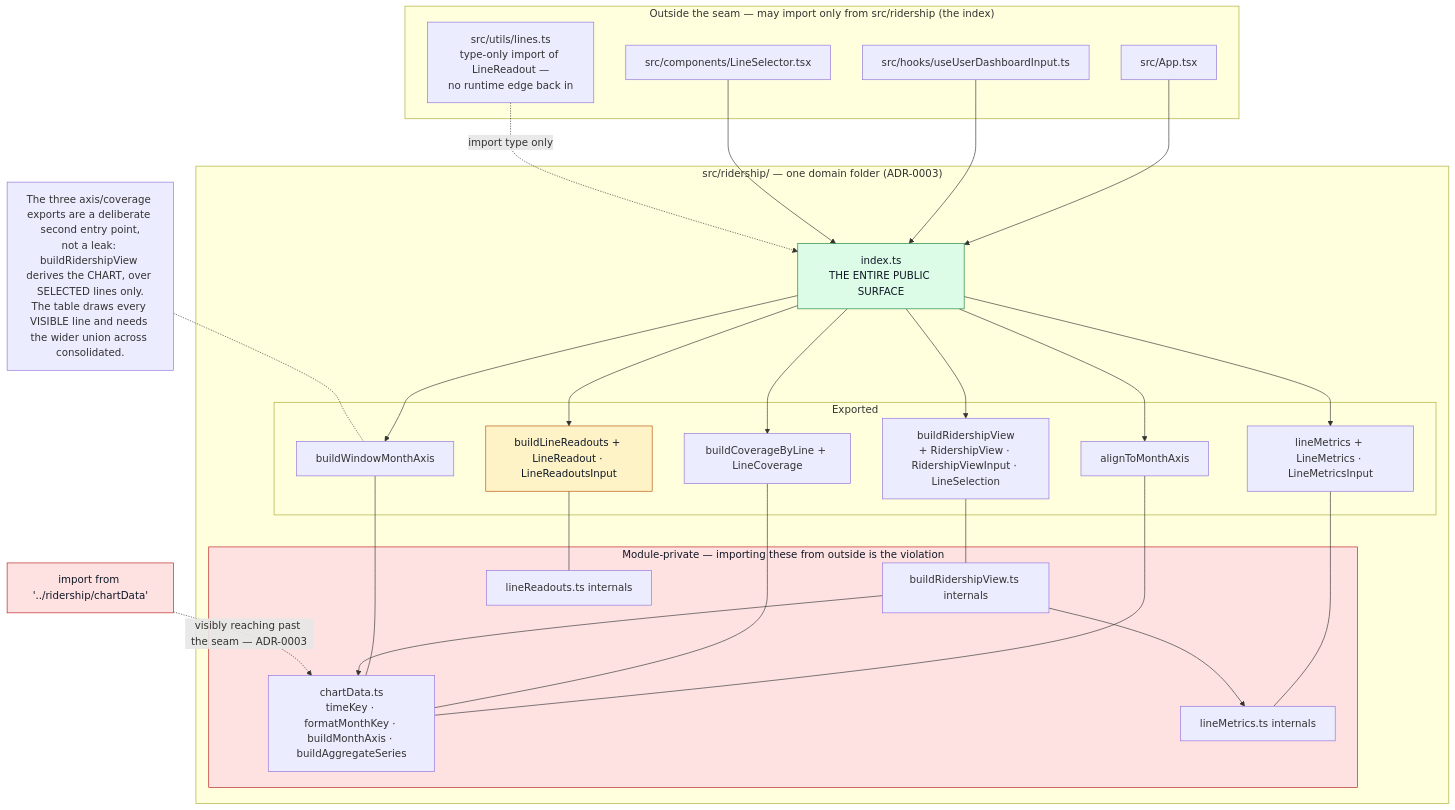
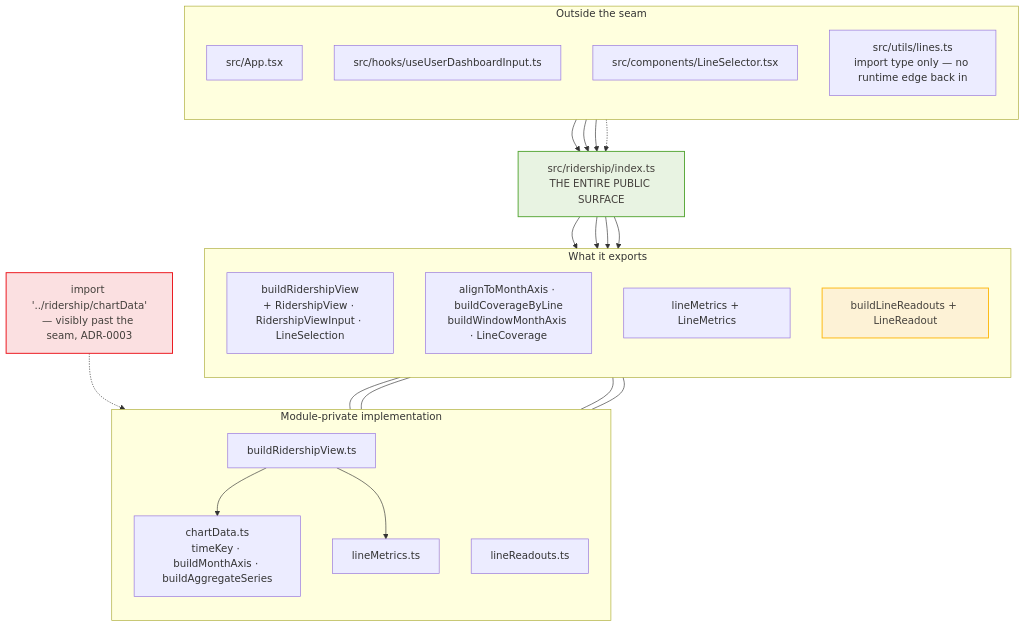
Before and after one commit to streetsforall/metro_ridership_app: diagram 12 of 21 in docs/architecture/diagrams.md, drawn with Mermaid. The commit also changed other lines of this file and 38 other files, not shown here.

First line of the commit message:
docs: redraw the diagrams in the app's palette, and unstick CLAUDE.md

````diff
--- a/docs/architecture/diagrams.md
+++ b/docs/architecture/diagrams.md
@@ -767,63 +832,56 @@
 ```mermaid
 flowchart TB
-  subgraph outside["Outside the seam — may import only from src/ridership (the index)"]
+  subgraph outside["Outside the seam"]
+    direction TB
     app["src/App.tsx"]
     hook["src/hooks/useUserDashboardInput.ts"]
     lineSel["src/components/LineSelector.tsx"]
-    utilsLines["src/utils/lines.ts<br/>type-only import of LineReadout —<br/>no runtime edge back in"]
+    utilsLines["src/utils/lines.ts<br/>import type only — no runtime edge back in"]
   end
 
-  subgraph folder["src/ridership/ — one domain folder (ADR-0003)"]
-    idx["index.ts<br/>THE ENTIRE PUBLIC SURFACE"]
+  idx["src/ridership/index.ts<br/>THE ENTIRE PUBLIC SURFACE"]
 
-    subgraph exported["Exported"]
-      brv["buildRidershipView<br/>+ RidershipView · RidershipViewInput · LineSelection"]
-      align["alignToMonthAxis"]
-      coverage["buildCoverageByLine + LineCoverage"]
-      winAxis["buildWindowMonthAxis"]
-      lm["lineMetrics + LineMetrics · LineMetricsInput"]
-      readouts["buildLineReadouts + LineReadout · LineReadoutsInput"]
-    end
+  subgraph exported["What it exports"]
+    direction TB
+    brv["buildRidershipView<br/>+ RidershipView · RidershipViewInput · LineSelection"]
+    axisExports["alignToMonthAxis · buildCoverageByLine<br/>buildWindowMonthAxis · LineCoverage"]
+    lm["lineMetrics + LineMetrics"]
+    readouts["buildLineReadouts + LineReadout"]
+  end
 
-    subgraph private["Module-private — importing these from outside is the violation"]
-      chartData["chartData.ts<br/>timeKey · formatMonthKey · buildMonthAxis · buildAggregateSeries"]
-      brvImpl["buildRidershipView.ts internals"]
-      lmImpl["lineMetrics.ts internals"]
-      lrImpl["lineReadouts.ts internals"]
-    end
+  subgraph private["Module-private implementation"]
+    direction TB
+    brvImpl["buildRidershipView.ts"]
+    lmImpl["lineMetrics.ts"]
+    lrImpl["lineReadouts.ts"]
+    chartData["chartData.ts<br/>timeKey · buildMonthAxis · buildAggregateSeries"]
   end
+
+  bad["import '../ridership/chartData'<br/>— visibly past the seam, ADR-0003"]
 
   app --> idx
   hook --> idx
   lineSel --> idx
-  utilsLines -. "import type only" .-> idx
+  utilsLines -.-> idx
 
   idx --> brv
-  idx --> align
-  idx --> coverage
-  idx --> winAxis
+  idx --> axisExports
   idx --> lm
   idx --> readouts
 
   brv --- brvImpl
   lm --- lmImpl
   readouts --- lrImpl
-  align --- chartData
-  coverage --- chartData
-  winAxis --- chartData
+  axisExports --- chartData
   brvImpl --> chartData
   brvImpl --> lmImpl
 
-  bad["import from '../ridership/chartData'"]
-  bad -. "visibly reaching past the seam — ADR-0003" .-> chartData
+  bad -.-> chartData
 
-  why["The three axis/coverage exports are a deliberate second entry point,<br/>not a leak: buildRidershipView derives the CHART, over SELECTED lines only.<br/>The table draws every VISIBLE line and needs the wider union across consolidated."]
-  why -.- winAxis
-
-  classDef forbidden fill:#fee2e2,stroke:#b91c1c,color:#111827
-  classDef surface fill:#dcfce7,stroke:#15803d,color:#111827
-  classDef pending fill:#fef3c7,stroke:#b45309,color:#111827
-  class bad,private forbidden
+  classDef surface fill:#e8f3e2,stroke:#58a738,stroke-width:1.5px,color:#44403c
+  classDef cycle fill:#fbe0e1,stroke:#eb131b,stroke-width:1.5px,color:#44403c
+  classDef pending fill:#fdf2d6,stroke:#fdb913,stroke-width:1.5px,color:#44403c
   class idx surface
+  class bad cycle
   class readouts pending
 ```
````
